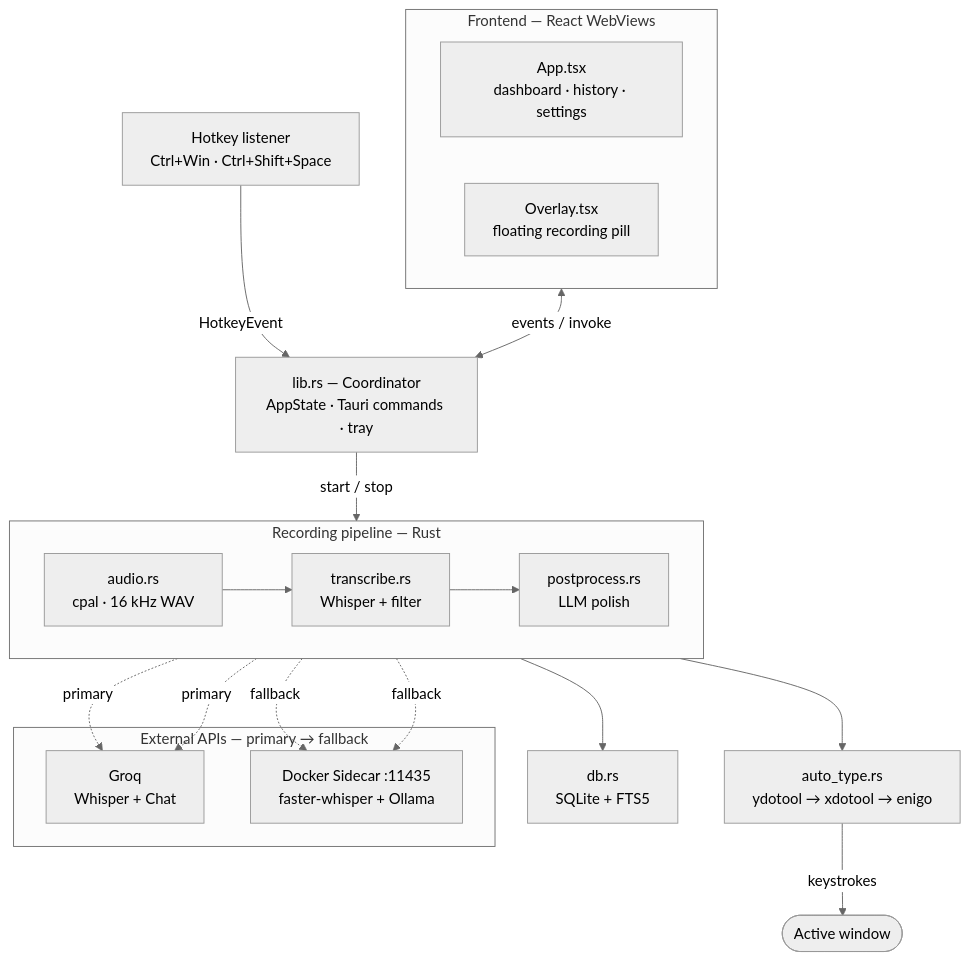
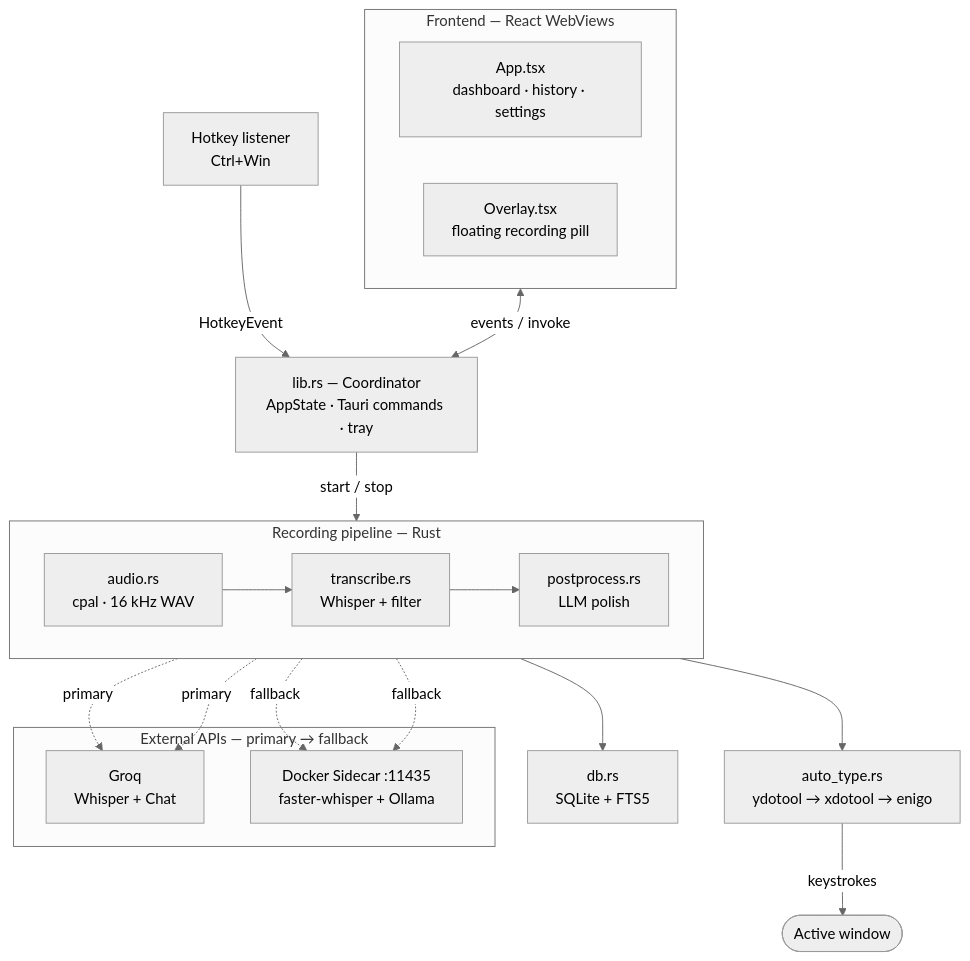
The diagram in README.md (eyeofshreyas/Whisprly), drawn with Mermaid (neutral theme) before and after one commit. The commit also changed other lines of this file and 5 other files, not shown here.

````diff
--- a/README.md
+++ b/README.md
@@ -199,34 +198,34 @@
 ```mermaid
 flowchart TD
     subgraph ui ["Frontend — React WebViews"]
         direction LR
         APP["App.tsx\ndashboard · history · settings"]
         OVL["Overlay.tsx\nfloating recording pill"]
     end
 
     COORD["lib.rs — Coordinator\nAppState · Tauri commands · tray"]
-    HK["Hotkey listener\nCtrl+Win · Ctrl+Shift+Space"]
+    HK["Hotkey listener\nCtrl+Win"]
 
     subgraph pipe ["Recording pipeline — Rust"]
         direction LR
         AUDIO["audio.rs\ncpal · 16 kHz WAV"] --> TR["transcribe.rs\nWhisper + filter"] --> PP["postprocess.rs\nLLM polish"]
     end
 
     AT["auto_type.rs\nydotool → xdotool → enigo"]
     DB["db.rs\nSQLite + FTS5"]
 
     subgraph api ["External APIs — primary → fallback"]
         GROQ["Groq\nWhisper + Chat"]
         DOCKER["Docker Sidecar :11435\nfaster-whisper + Ollama"]
     end
 
     WIN(["Active window"])
 
     ui <-->|"events / invoke"| COORD
     HK -->|HotkeyEvent| COORD
     COORD -->|"start / stop"| pipe
     PP --> AT & DB
     TR & PP -.->|primary| GROQ
     TR & PP -.->|fallback| DOCKER
     AT -->|keystrokes| WIN
 ```
````
